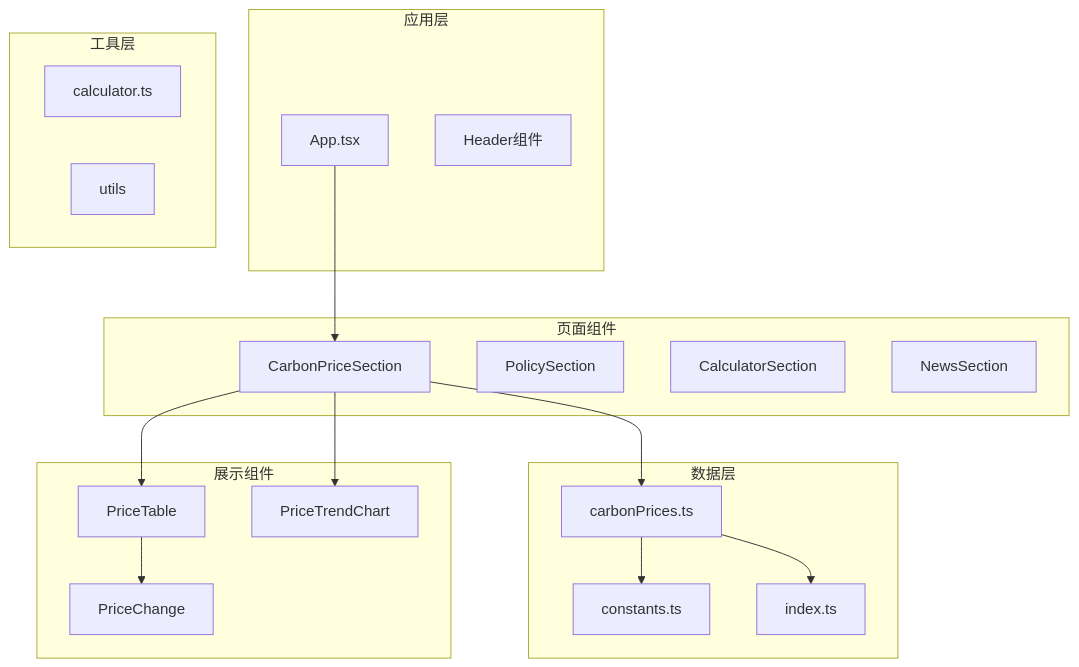
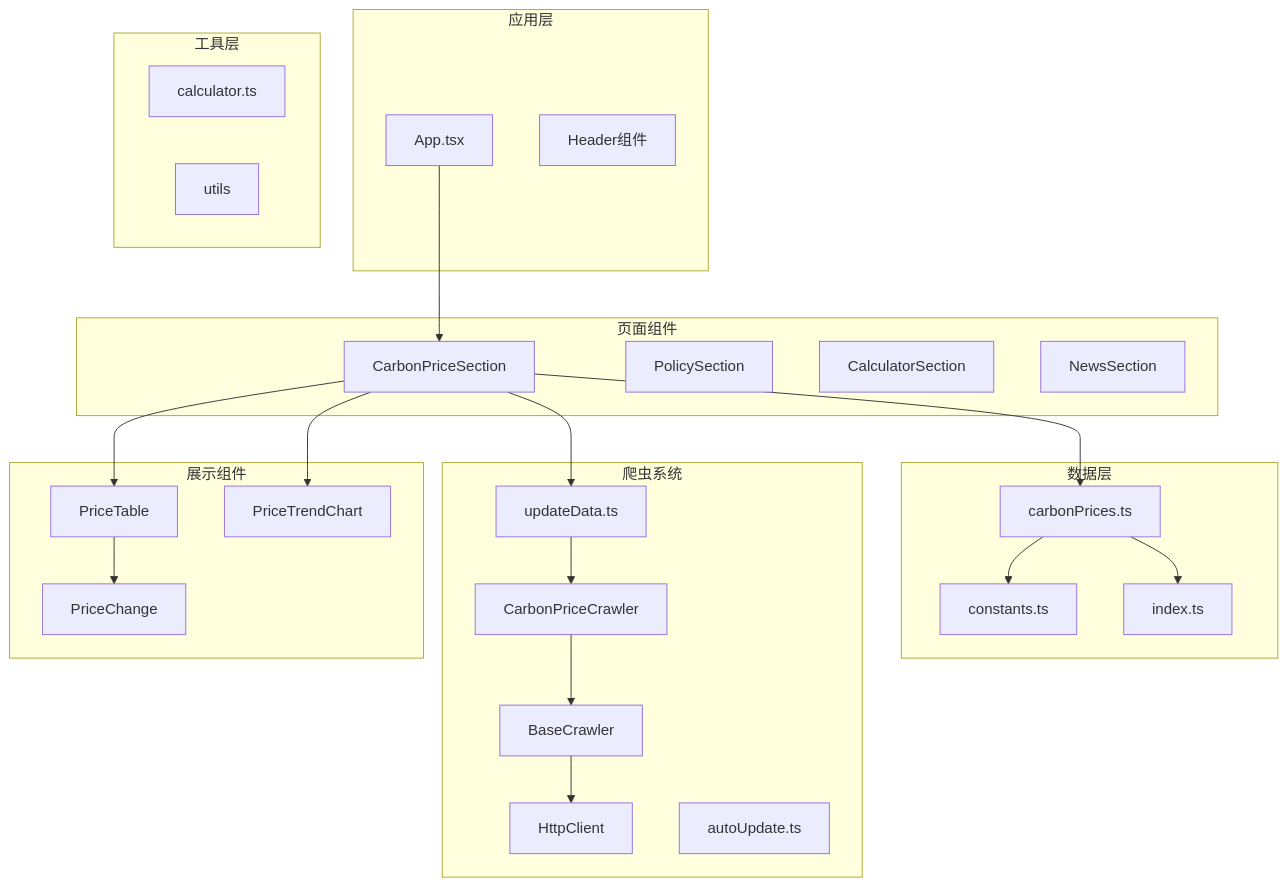
The first of 11 diagrams in .qoder/repowiki/zh/content/数据管理/价格数据管理.md (liangxuanliang-cmd/carbon-info-agent), drawn with Mermaid before and after one commit. The commit also changed other lines of this file and 6 other files, not shown here.

````diff
--- a/.qoder/repowiki/zh/content/数据管理/价格数据管理.md
+++ b/.qoder/repowiki/zh/content/数据管理/价格数据管理.md
@@ -37,34 +53,45 @@
 ```mermaid
 graph TB
 subgraph "应用层"
 App[App.tsx]
 Header[Header组件]
 end
 subgraph "页面组件"
 CarbonPriceSection[CarbonPriceSection]
 PolicySection[PolicySection]
 CalculatorSection[CalculatorSection]
 NewsSection[NewsSection]
 end
 subgraph "数据层"
 carbonPrices[carbonPrices.ts]
 constants[constants.ts]
 types[index.ts]
 end
+subgraph "爬虫系统"
+baseCrawler[BaseCrawler]
+carbonPriceCrawler[CarbonPriceCrawler]
+httpClient[HttpClient]
+updateData[updateData.ts]
+autoUpdate[autoUpdate.ts]
+end
 subgraph "展示组件"
 PriceTable[PriceTable]
 PriceTrendChart[PriceTrendChart]
 PriceChange[PriceChange]
 end
 subgraph "工具层"
 calculator[calculator.ts]
 utils[utils]
 end
 App --> CarbonPriceSection
 CarbonPriceSection --> PriceTable
 CarbonPriceSection --> PriceTrendChart
 PriceTable --> PriceChange
 CarbonPriceSection --> carbonPrices
 carbonPrices --> constants
 carbonPrices --> types
+CarbonPriceSection --> updateData
+updateData --> carbonPriceCrawler
+carbonPriceCrawler --> baseCrawler
+baseCrawler --> httpClient
 ```
````
